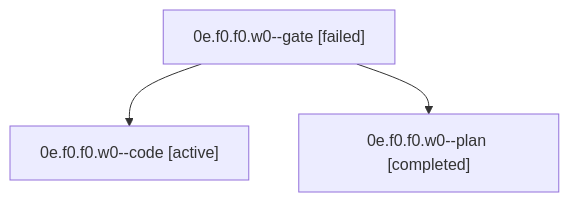
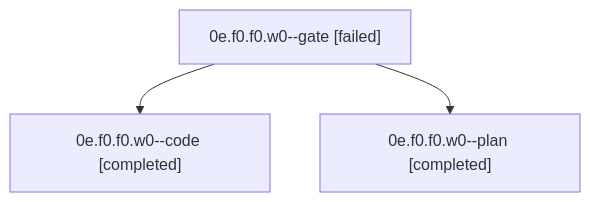
One commit to sase-org/sase--agents changed the diagram in sessions/bbugyi200.apollo.0e.f0.f0.w0.md. Above: the diagram before and after it, drawn with Mermaid. The commit also changed other lines of this file and 56 other files, not shown here.

````diff
--- a/sessions/bbugyi200.apollo.0e.f0.f0.w0.md
+++ b/sessions/bbugyi200.apollo.0e.f0.f0.w0.md
@@ -9,8 +9,8 @@
 ```mermaid
 flowchart TD
   n0["0e.f0.f0.w0--gate [failed]"]
-  n1["0e.f0.f0.w0--code [active]"]
+  n1["0e.f0.f0.w0--code [completed]"]
   n0 --> n1
   n2["0e.f0.f0.w0--plan [completed]"]
   n0 --> n2
 ```
````
